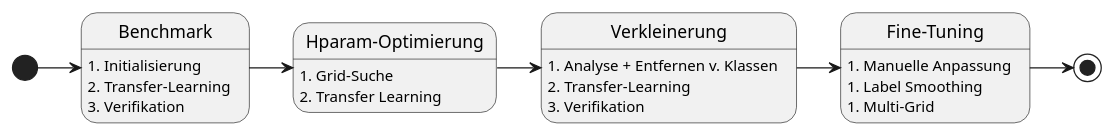
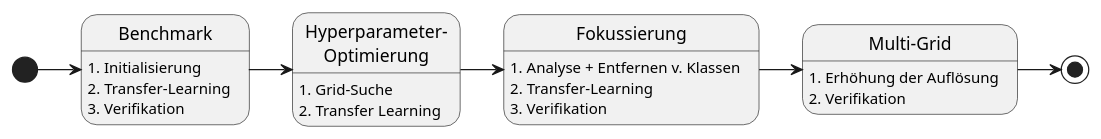
The diagram in fig/phases.puml (simnado/Master-Thesis), drawn with PlantUML before and after one commit. The commit also changed 13 other files, not shown here.

```diff
--- a/fig/phases.puml
+++ b/fig/phases.puml
@@ -1,27 +1,26 @@
 @startuml
 
 state "Benchmark" as Phase1
-state "Hparam-Optimierung" as Phase2
-state "Verkleinerung" as Phase3
-state "Fine-Tuning" as Phase4
+state "Hyperparameter-\nOptimierung" as Phase2
+state "Fokussierung" as Phase3
+state "Multi-Grid" as Phase4
 
 [*] -> Phase1
 Phase1 -> Phase2
 Phase2 -> Phase3
 Phase3 -> Phase4
 Phase4 -> [*]
 
 Phase1 : 1. Initialisierung
 Phase1 : 2. Transfer-Learning
 Phase1 : 3. Verifikation
 Phase2 : 1. Grid-Suche
 Phase2 : 2. Transfer Learning
 Phase3 : 1. Analyse + Entfernen v. Klassen
 Phase3 : 2. Transfer-Learning
 Phase3 : 3. Verifikation
-Phase4 : 1. Manuelle Anpassung
-Phase4 : 1. Label Smoothing
-Phase4 : 1. Multi-Grid
+Phase4 : 1. Erhöhung der Auflösung
+Phase4 : 2. Verifikation
 
 
 @enduml
```
